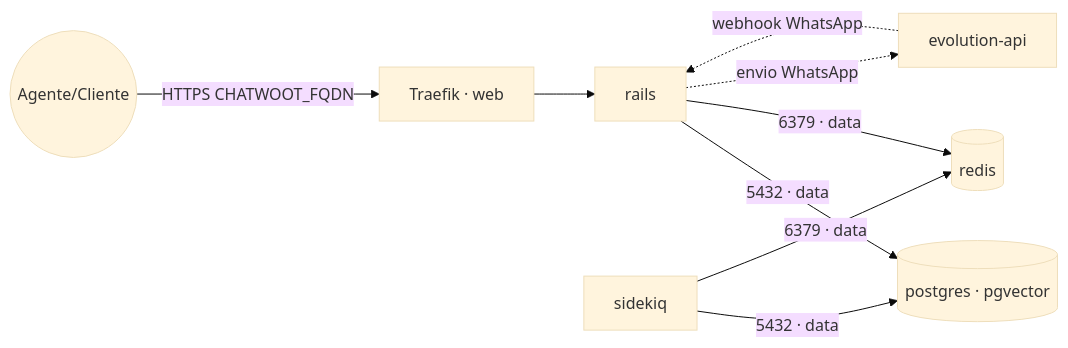
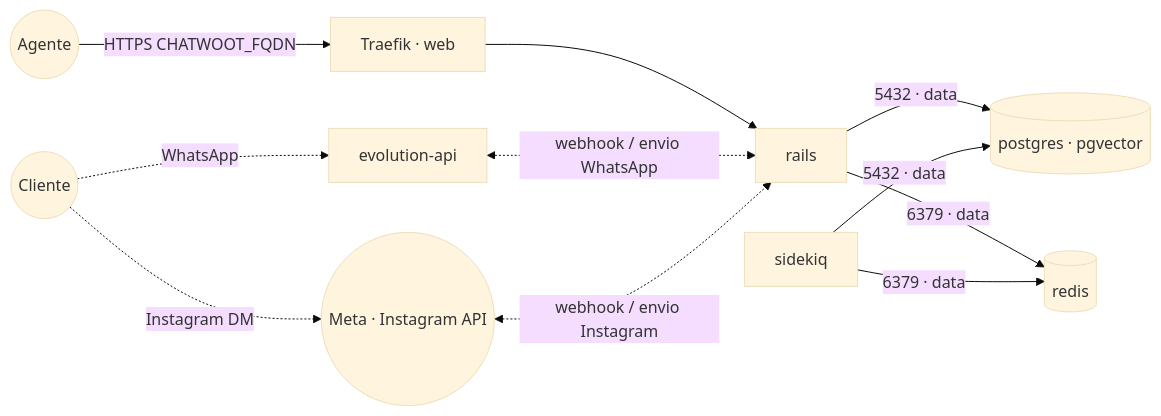
The diagram in chatwoot/README.md (marcelofmatos/portainer-stacks), drawn with Mermaid (base theme) before and after one commit. The commit also changed other lines of this file and 8 other files, not shown here.

````diff
--- a/chatwoot/README.md
+++ b/chatwoot/README.md
@@ -17,11 +17,13 @@
 ```mermaid
 flowchart LR
-    user((Agente/Cliente)) -->|HTTPS CHATWOOT_FQDN| traefik[Traefik · web]
+    cliente((Cliente)) -.->|WhatsApp| evo[evolution-api]
+    cliente -.->|Instagram DM| meta((Meta · Instagram API))
+    agente((Agente)) -->|HTTPS CHATWOOT_FQDN| traefik[Traefik · web]
     traefik --> rails[rails]
     rails -->|5432 · data| pg[(postgres · pgvector)]
     rails -->|6379 · data| redis[(redis)]
     sidekiq[sidekiq] -->|5432 · data| pg
     sidekiq -->|6379 · data| redis
-    evo[evolution-api] -.->|webhook WhatsApp| rails
-    rails -.->|envio WhatsApp| evo
+    evo <-.->|webhook / envio WhatsApp| rails
+    meta <-.->|webhook / envio Instagram| rails
 ```
````
